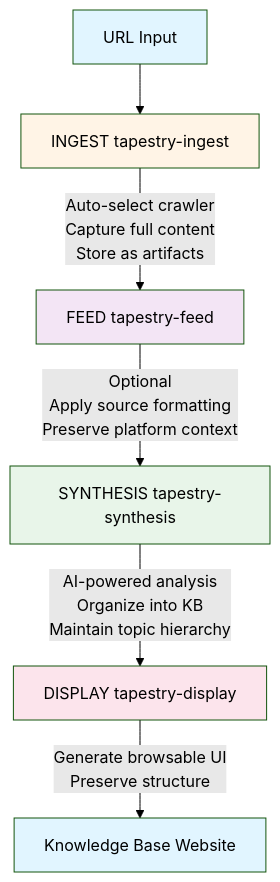
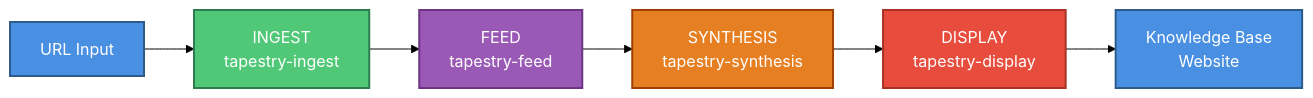
Before and after one commit to NatsuFox/Tapestry: the third of 4 diagrams in README.md, drawn with Mermaid (forest theme). The commit also changed other lines of this file, not shown here.

First line of the commit message:
refactor: redesign Mermaid diagrams with vibrant colors

````diff
--- a/README.md
+++ b/README.md
@@ -748,15 +724,15 @@
 ```mermaid
-flowchart TD
-    A[URL Input] --> B[INGEST tapestry-ingest]
-    B --> |Auto-select crawler<br/>Capture full content<br/>Store as artifacts| C[FEED tapestry-feed]
-    C --> |Optional<br/>Apply source formatting<br/>Preserve platform context| D[SYNTHESIS tapestry-synthesis]
-    D --> |AI-powered analysis<br/>Organize into KB<br/>Maintain topic hierarchy| E[DISPLAY tapestry-display]
-    E --> |Generate browsable UI<br/>Preserve structure| F[Knowledge Base Website]
+flowchart LR
+    A[URL Input] --> B[INGEST<br/>tapestry-ingest]
+    B --> C[FEED<br/>tapestry-feed]
+    C --> D[SYNTHESIS<br/>tapestry-synthesis]
+    D --> E[DISPLAY<br/>tapestry-display]
+    E --> F[Knowledge Base<br/>Website]
 
-    style A fill:#e1f5ff
-    style B fill:#fff4e6
-    style C fill:#f3e5f5
-    style D fill:#e8f5e9
-    style E fill:#fce4ec
-    style F fill:#e1f5ff
+    style A fill:#4A90E2,stroke:#2E5C8A,stroke-width:2px,color:#fff
+    style B fill:#50C878,stroke:#2E7D4E,stroke-width:2px,color:#fff
+    style C fill:#9B59B6,stroke:#6C3483,stroke-width:2px,color:#fff
+    style D fill:#E67E22,stroke:#A04000,stroke-width:2px,color:#fff
+    style E fill:#E74C3C,stroke:#A93226,stroke-width:2px,color:#fff
+    style F fill:#4A90E2,stroke:#2E5C8A,stroke-width:2px,color:#fff
 ```
````
